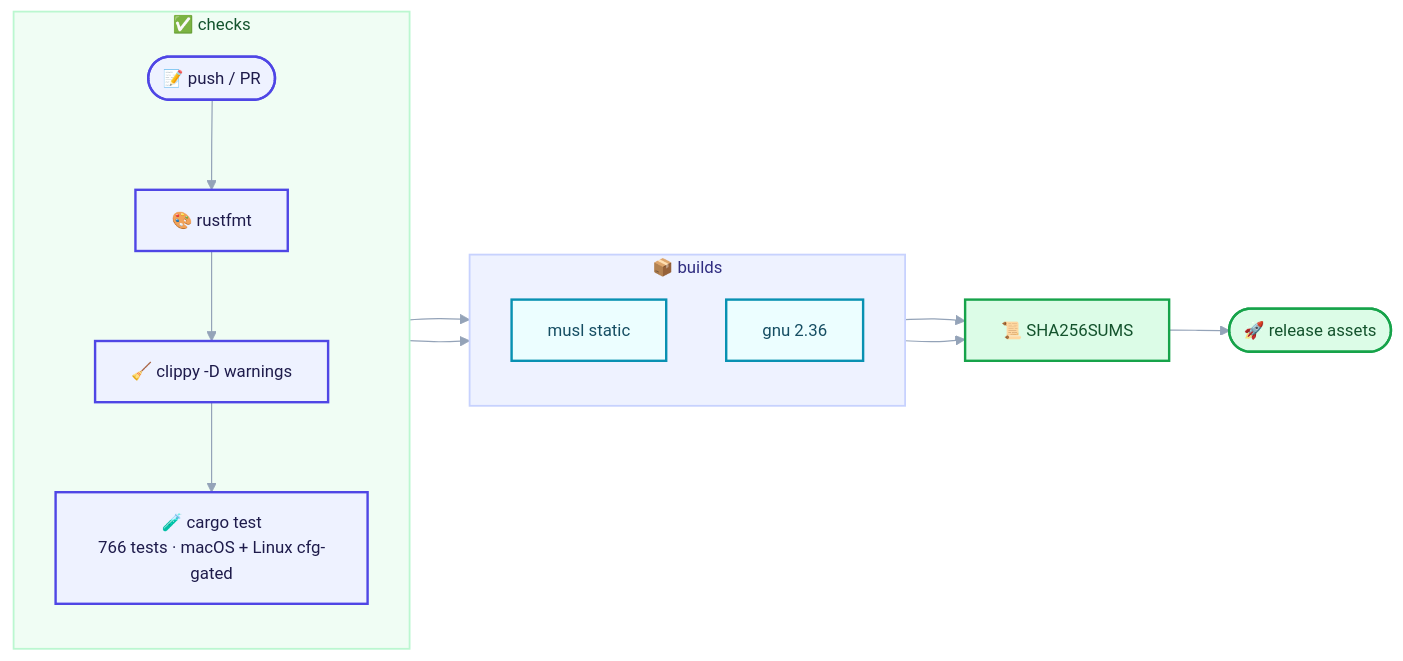
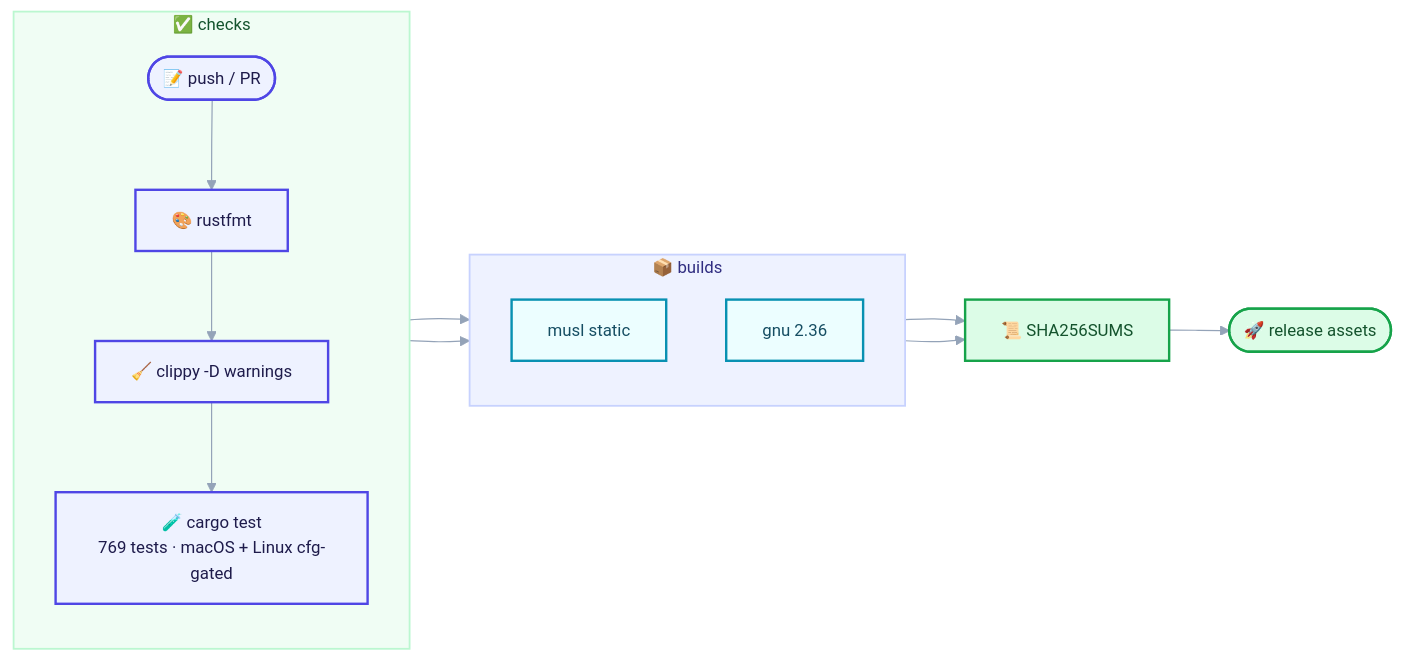
Before and after one commit to Terutoki/MyQUIC2: diagram 31 of 31 in README.md, drawn with Mermaid. The commit also changed other lines of this file and 7 other files, not shown here.

````diff
--- a/README.md
+++ b/README.md
@@ -2201,30 +2202,30 @@
 ```mermaid
 %%{init: {"theme":"base","themeVariables":{"fontSize":"14px","lineColor":"#94a3b8","textColor":"#0f172a","edgeLabelBackground":"#f8fafc"}}}%%
 flowchart LR
     accTitle: Continuous integration and release pipeline
     accDescr: Formatting, Clippy, and the full test suite gate two static builds, whose artifacts are hashed and published as release assets.
     subgraph CHECK["✅ checks"]
         direction TB
         C(["📝 push / PR"]) --> F["🎨 rustfmt"]
         F --> L["🧹 clippy -D warnings"]
-        L --> T["🧪 cargo test<br/>766 tests · macOS + Linux cfg-gated"]
+        L --> T["🧪 cargo test<br/>769 tests · macOS + Linux cfg-gated"]
     end
     subgraph BUILD["📦 builds"]
         direction TB
         M["musl static"]
         G["gnu 2.36"]
     end
     T --> M
     T --> G
     M --> A["📜 SHA256SUMS"]
     G --> A
     A --> R(["🚀 release assets"])
     classDef tunnel fill:#eef2ff,stroke:#4f46e5,stroke-width:2px,color:#1e1b4b
     classDef wire fill:#ecfeff,stroke:#0891b2,stroke-width:2px,color:#164e63
     classDef edge fill:#dcfce7,stroke:#16a34a,stroke-width:2px,color:#14532d
     class C,F,L,T tunnel
     class M,G wire
     class A,R edge
     style CHECK fill:#f0fdf4,stroke:#bbf7d0,stroke-width:1.5px,color:#14532d
     style BUILD fill:#eef2ff,stroke:#c7d2fe,stroke-width:1.5px,color:#312e81
 ```
````
